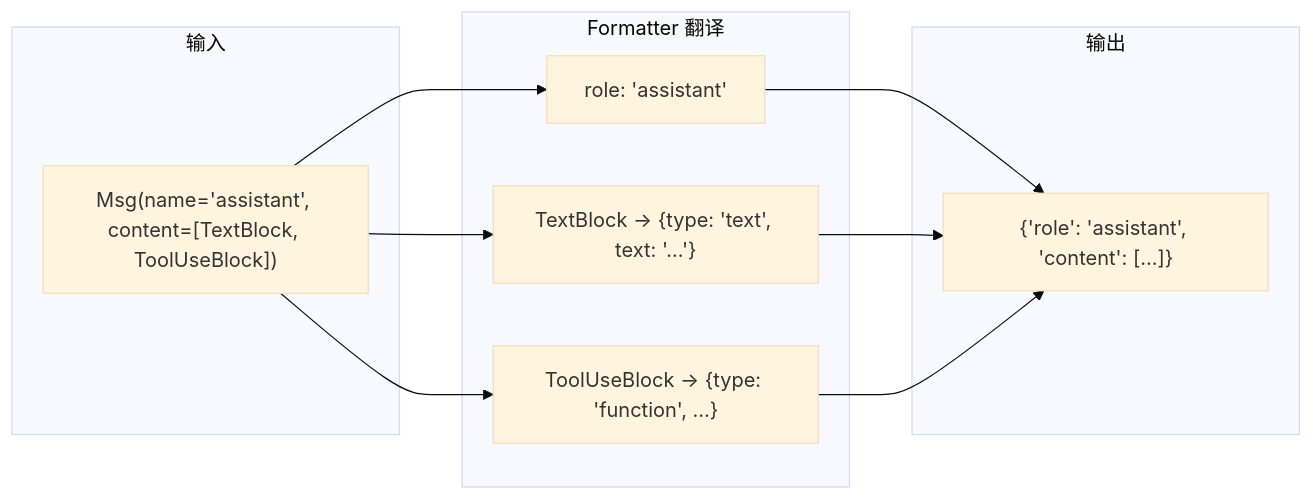
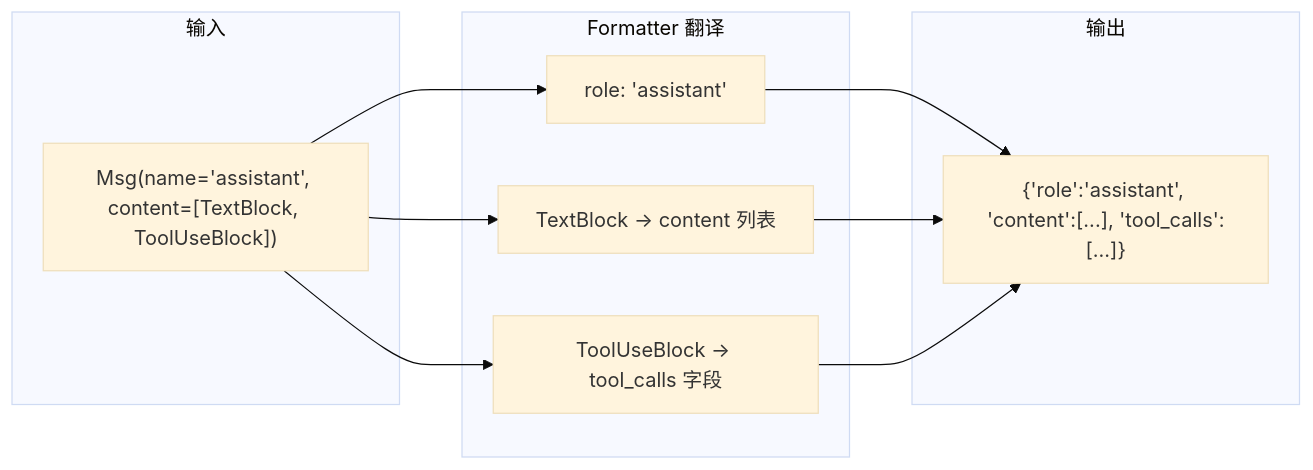
One commit to nadav-cheung/agentscope changed the second of 2 diagrams in teaching/book/volume-1-journey/ch08-formatter.md. Above: the diagram before and after it, drawn with Mermaid (base theme). The commit also changed other lines of this file and 4 other files, not shown here.

````diff
--- a/teaching/book/volume-1-journey/ch08-formatter.md
+++ b/teaching/book/volume-1-journey/ch08-formatter.md
@@ -163,18 +163,18 @@
 ```mermaid
 flowchart LR
     subgraph 输入
         MSG["Msg(name='assistant', content=[TextBlock, ToolUseBlock])"]
     end
 
     subgraph Formatter 翻译
         MSG --> ROLE["role: 'assistant'"]
-        MSG --> TB["TextBlock → {type: 'text', text: '...'}"]
-        MSG --> TUB["ToolUseBlock → {type: 'function', ...}"]
+        MSG --> TB["TextBlock → content 列表"]
+        MSG --> TUB["ToolUseBlock → tool_calls 字段"]
     end
 
     subgraph 输出
-        ROLE --> OUT["{'role': 'assistant', 'content': [...]}"]
+        ROLE --> OUT["{'role':'assistant', 'content':[...], 'tool_calls':[...]}"]
         TB --> OUT
         TUB --> OUT
     end
 ```
````
